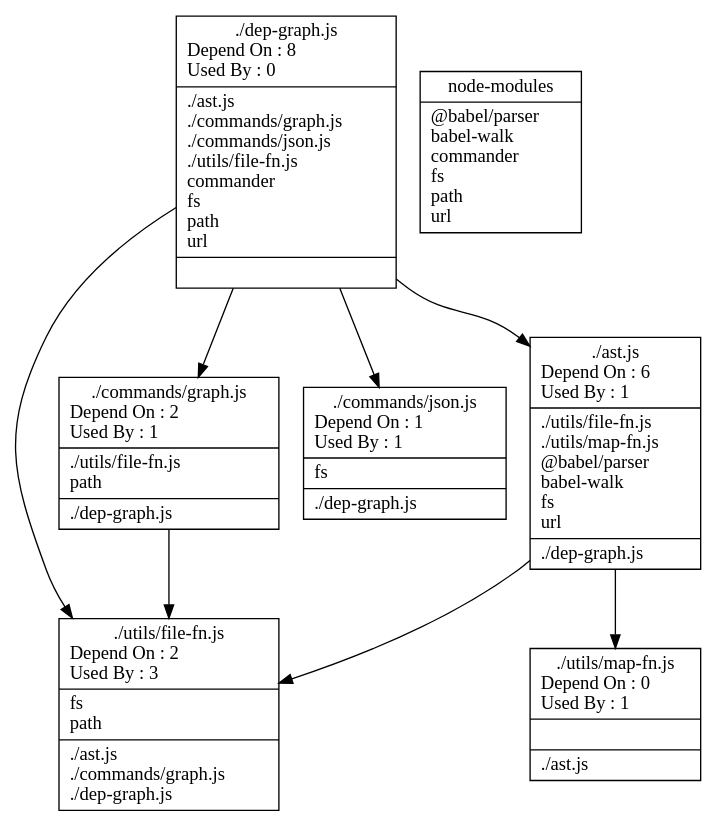
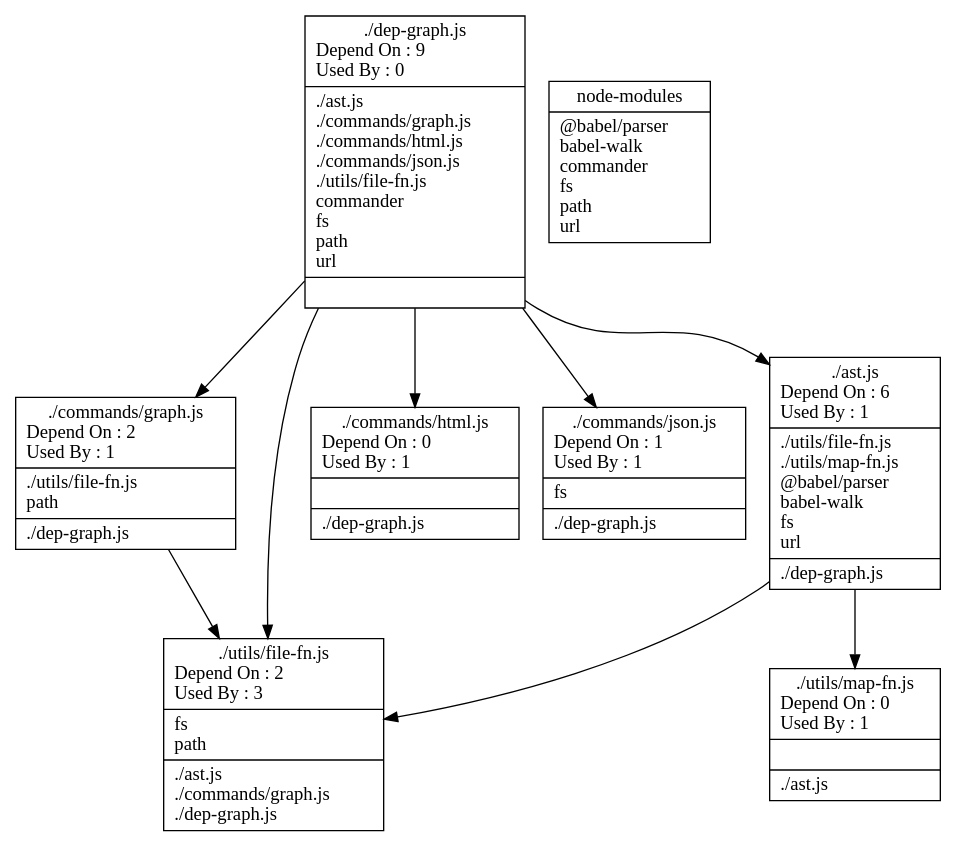
One commit to fleebe/dep-graph changed the diagram in __tests__/out-eg/srcRelations.dot. Above: the diagram before and after it, drawn with Graphviz. The commit also changed 10 other files, not shown here.

```diff
--- a/__tests__/out-eg/srcRelations.dot
+++ b/__tests__/out-eg/srcRelations.dot
@@ -1,86 +1,96 @@
 digraph {
 node [shape=record];
 "./ast.js" [label="{ ./ast.js\n
 Depend On : 6\l
 Used By : 1\l
 |
 		./utils/file-fn.js\l
 		./utils/map-fn.js\l
 		@babel/parser\l
 		babel-walk\l
 		fs\l
 		url\l
 |
 		./dep-graph.js\l
 }"];
 
 "./dep-graph.js" [label="{ ./dep-graph.js\n
-Depend On : 8\l
+Depend On : 9\l
 Used By : 0\l
 |
 		./ast.js\l
 		./commands/graph.js\l
+		./commands/html.js\l
 		./commands/json.js\l
 		./utils/file-fn.js\l
 		commander\l
 		fs\l
 		path\l
 		url\l
 |
 }"];
 
 "./commands/graph.js" [label="{ ./commands/graph.js\n
 Depend On : 2\l
 Used By : 1\l
 |
 		./utils/file-fn.js\l
 		path\l
+|
+		./dep-graph.js\l
+}"];
+
+"./commands/html.js" [label="{ ./commands/html.js\n
+Depend On : 0\l
+Used By : 1\l
+|
 |
 		./dep-graph.js\l
 }"];
 
 "./commands/json.js" [label="{ ./commands/json.js\n
 Depend On : 1\l
 Used By : 1\l
 |
 		fs\l
 |
 		./dep-graph.js\l
 }"];
 
 "./utils/file-fn.js" [label="{ ./utils/file-fn.js\n
 Depend On : 2\l
 Used By : 3\l
 |
 		fs\l
 		path\l
 |
 		./ast.js\l
 		./commands/graph.js\l
 		./dep-graph.js\l
 }"];
 
 "./utils/map-fn.js" [label="{ ./utils/map-fn.js\n
 Depend On : 0\l
 Used By : 1\l
 |
 |
 		./ast.js\l
 }"];
 
 "node-modules" [label="{node-modules\n | 
  		@babel/parser\l
 		babel-walk\l
 		commander\l
 		fs\l
 		path\l
 		url\l
 }"];
 "./ast.js"->"./utils/file-fn.js"
 "./ast.js"->"./utils/map-fn.js"
 "./dep-graph.js"->"./ast.js"
 "./dep-graph.js"->"./commands/graph.js"
+"./dep-graph.js"->"./commands/html.js"
 "./dep-graph.js"->"./commands/json.js"
 "./dep-graph.js"->"./utils/file-fn.js"
 "./commands/graph.js"->"./utils/file-fn.js"
 }
```
